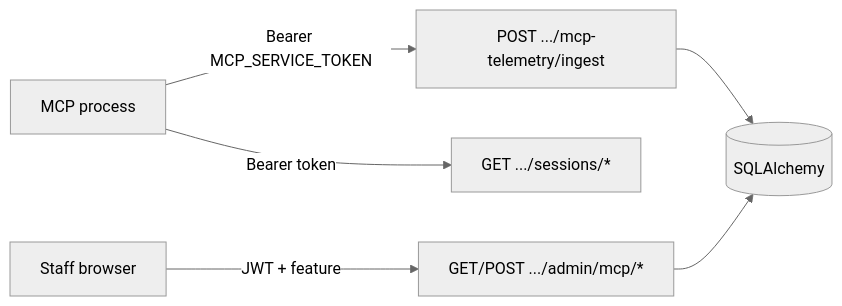
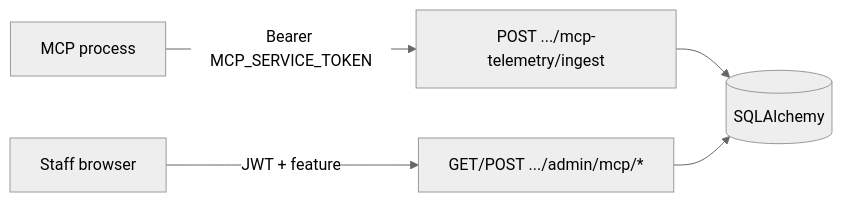
The eighth of 11 diagrams in docs/backend/backend_in_world_of_shadows.md (Held0fTheWelt/BLACKVEIN), drawn with Mermaid (neutral theme) before and after one commit. The commit also changed other lines of this file and 49 other files, not shown here.

````diff
--- a/docs/backend/backend_in_world_of_shadows.md
+++ b/docs/backend/backend_in_world_of_shadows.md
@@ -446,10 +445,9 @@
 ```mermaid
 flowchart LR
   MCPProc["MCP process"]
   MCPProc -->|Bearer MCP_SERVICE_TOKEN| ING["POST .../mcp-telemetry/ingest"]
-  MCPProc -->|Bearer token| SES["GET .../sessions/*"]
   ADM["Staff browser"]
   ADM -->|JWT + feature| COCK["GET/POST .../admin/mcp/*"]
   ING --> DB[(SQLAlchemy)]
   COCK --> DB
 ```
````
